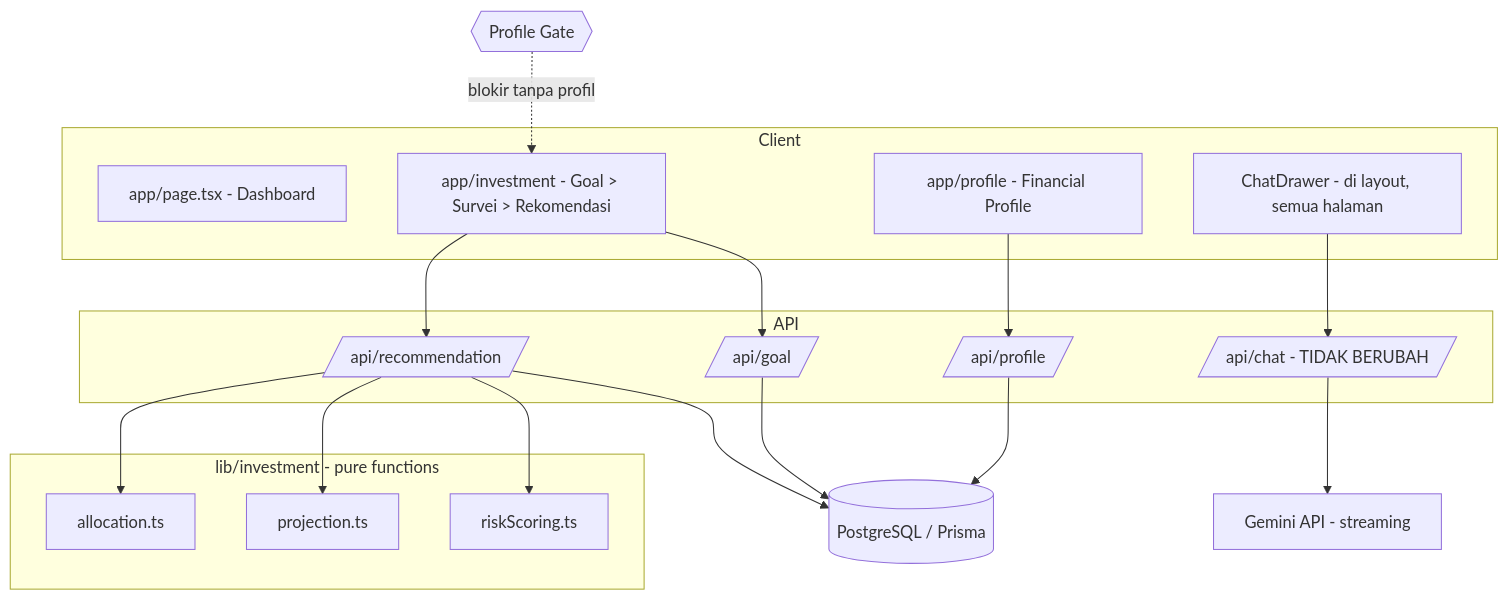
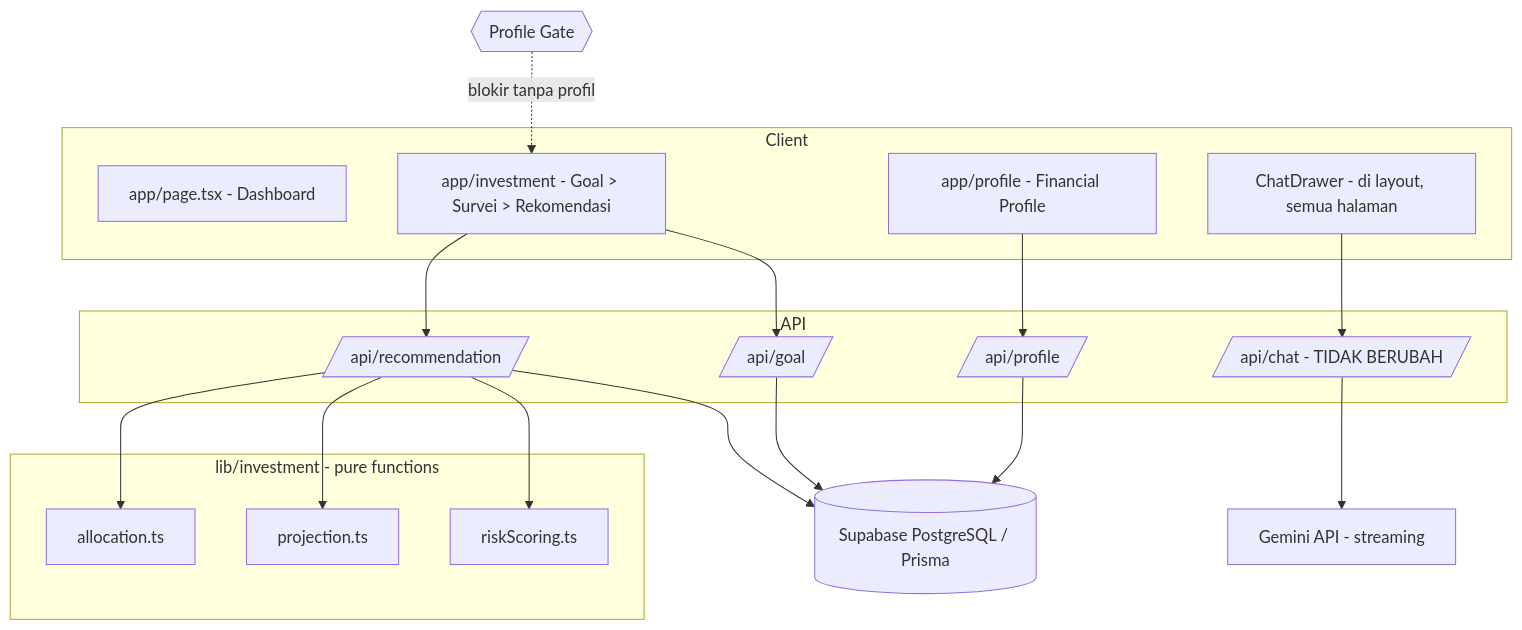
The diagram in dokumentasi.md (alxtim10/financial-planner), drawn with Mermaid before and after one commit. The commit also changed other lines of this file and 3 other files, not shown here.

````diff
--- a/dokumentasi.md
+++ b/dokumentasi.md
@@ -28,32 +28,32 @@
 ```mermaid
 flowchart TD
     subgraph Client
         Dash[app/page.tsx - Dashboard]
         Prof[app/profile - Financial Profile]
         Inv[app/investment - Goal > Survei > Rekomendasi]
         Drawer[ChatDrawer - di layout, semua halaman]
     end
 
     subgraph API
         AProf[/api/profile/]
         AGoal[/api/goal/]
         ARec[/api/recommendation/]
         AChat[/api/chat - TIDAK BERUBAH/]
     end
 
     subgraph Logic[lib/investment - pure functions]
         Alloc[allocation.ts]
         Proj[projection.ts]
         Risk[riskScoring.ts]
     end
 
-    Prof --> AProf --> DB[(PostgreSQL / Prisma)]
+    Prof --> AProf --> DB[(Supabase PostgreSQL / Prisma)]
     Inv --> AGoal --> DB
     Inv --> ARec
     ARec --> Risk
     ARec --> Alloc
     ARec --> Proj
     ARec --> DB
     Drawer --> AChat --> Gemini[Gemini API - streaming]
     Gate{{Profile Gate}} -.blokir tanpa profil.-> Inv
 ```
````
